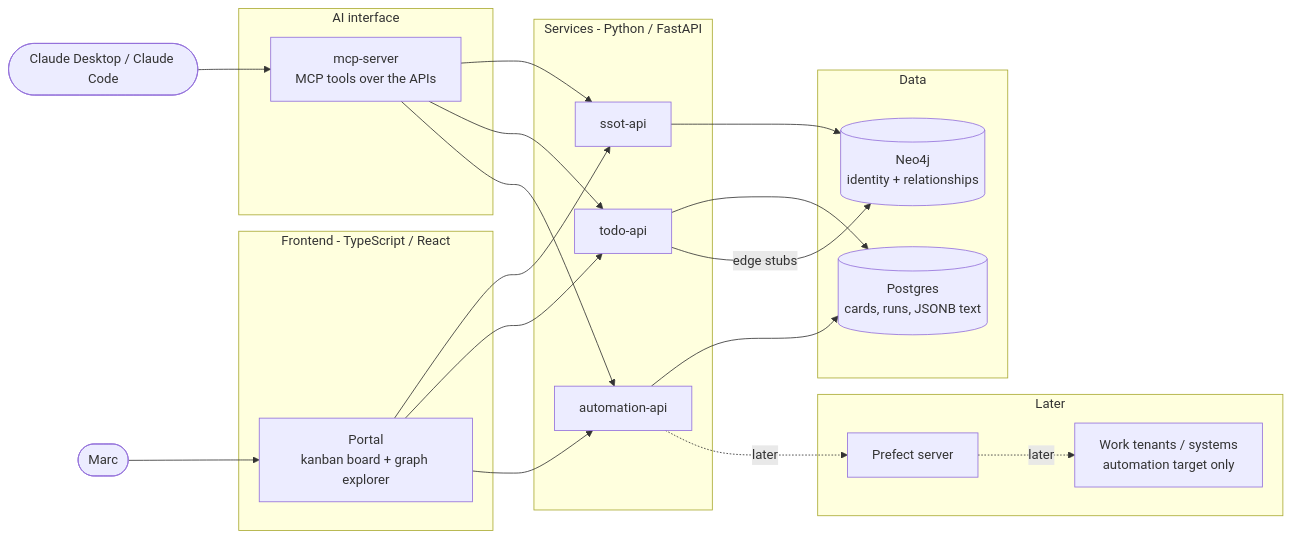
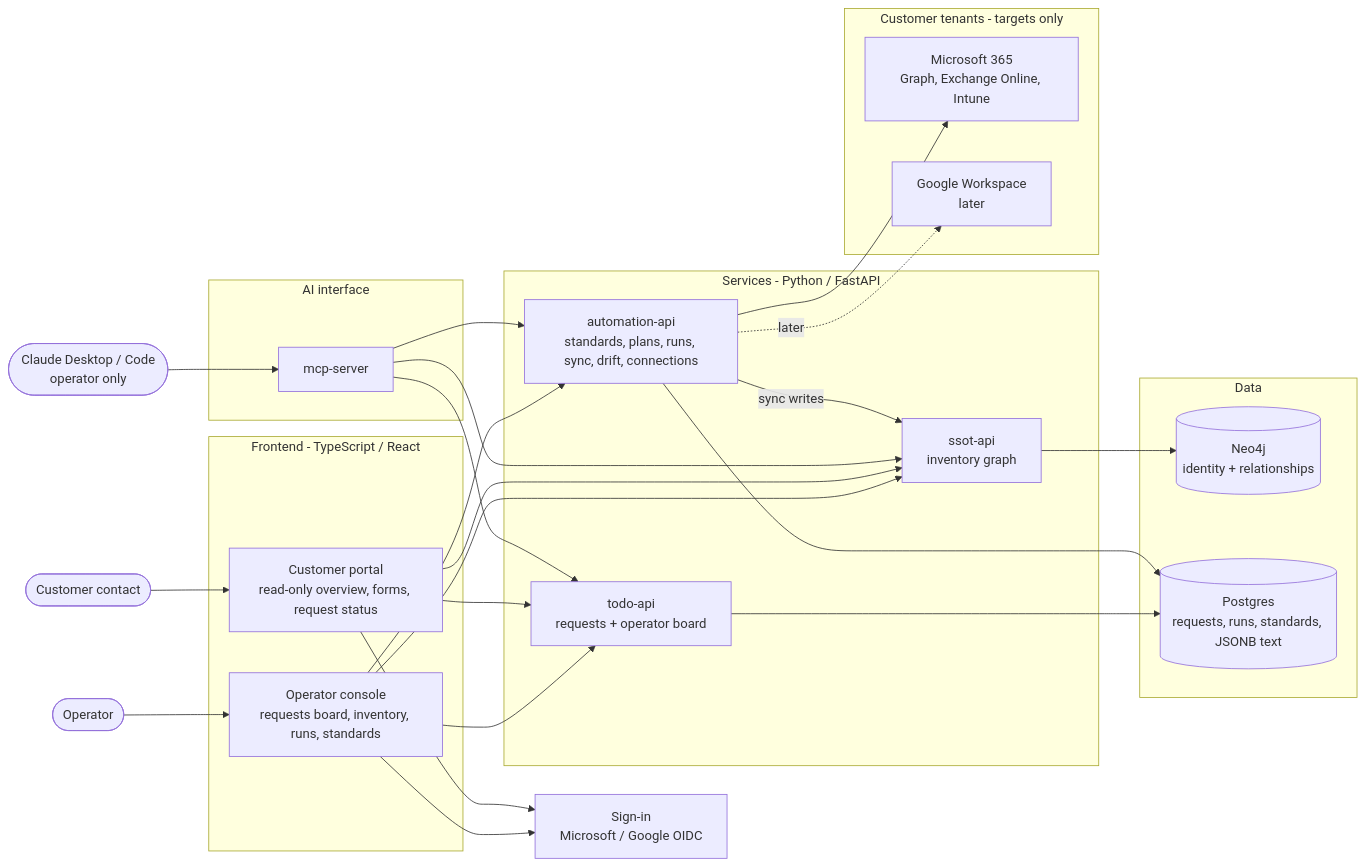
One commit to MarcHoog/Yani changed the first of 3 diagrams in docs/architecture.md. Above: the diagram before and after it, drawn with Mermaid. The commit also changed other lines of this file and 9 other files, not shown here.

````diff
--- a/docs/architecture.md
+++ b/docs/architecture.md
@@ -21,46 +10,55 @@
 ```mermaid
 flowchart LR
-    marc([Marc])
-    claude([Claude Desktop / Claude Code])
+    op([Operator])
+    cust([Customer contact])
+    claude([Claude Desktop / Code<br/>operator only])
 
     subgraph ui [Frontend - TypeScript / React]
-        portal[Portal<br/>kanban board + graph explorer]
+        console[Operator console<br/>requests board, inventory, runs, standards]
+        cportal[Customer portal<br/>read-only overview, forms, request status]
     end
 
     subgraph ai [AI interface]
-        mcp[mcp-server<br/>MCP tools over the APIs]
+        mcp[mcp-server]
     end
 
     subgraph api [Services - Python / FastAPI]
-        ssotApi[ssot-api]
-        todoApi[todo-api]
-        automationApi[automation-api]
+        inventory[ssot-api<br/>inventory graph]
+        requests[todo-api<br/>requests + operator board]
+        automation[automation-api<br/>standards, plans, runs, sync, drift, connections]
     end
 
     subgraph data [Data]
         neo4j[(Neo4j<br/>identity + relationships)]
-        postgres[(Postgres<br/>cards, runs, JSONB text)]
+        postgres[(Postgres<br/>requests, runs, standards, JSONB text)]
     end
 
-    subgraph later [Later]
-        prefect[Prefect server]
-        azure[Work tenants / systems<br/>automation target only]
+    subgraph targets [Customer tenants - targets only]
+        m365[Microsoft 365<br/>Graph, Exchange Online, Intune]
+        gws[Google Workspace<br/>later]
     end
 
-    marc --> portal
+    idp[Sign-in<br/>Microsoft / Google OIDC]
+
+    op --> console
+    cust --> cportal
     claude --> mcp
-    mcp --> ssotApi
-    mcp --> todoApi
-    mcp --> automationApi
+    console --> idp
+    cportal --> idp
 
-    portal --> ssotApi
-    portal --> todoApi
-    portal --> automationApi
+    console --> inventory
+    console --> requests
+    console --> automation
+    cportal --> inventory
+    cportal --> requests
+    mcp --> inventory
+    mcp --> requests
+    mcp --> automation
 
-    ssotApi --> neo4j
-    todoApi --> postgres
-    automationApi --> postgres
-    todoApi -- edge stubs --> neo4j
-    automationApi -. later .-> prefect
-    prefect -. later .-> azure
+    inventory --> neo4j
+    requests --> postgres
+    automation --> postgres
+    automation -- sync writes --> inventory
+    automation --> m365
+    automation -. later .-> gws
 ```
````
